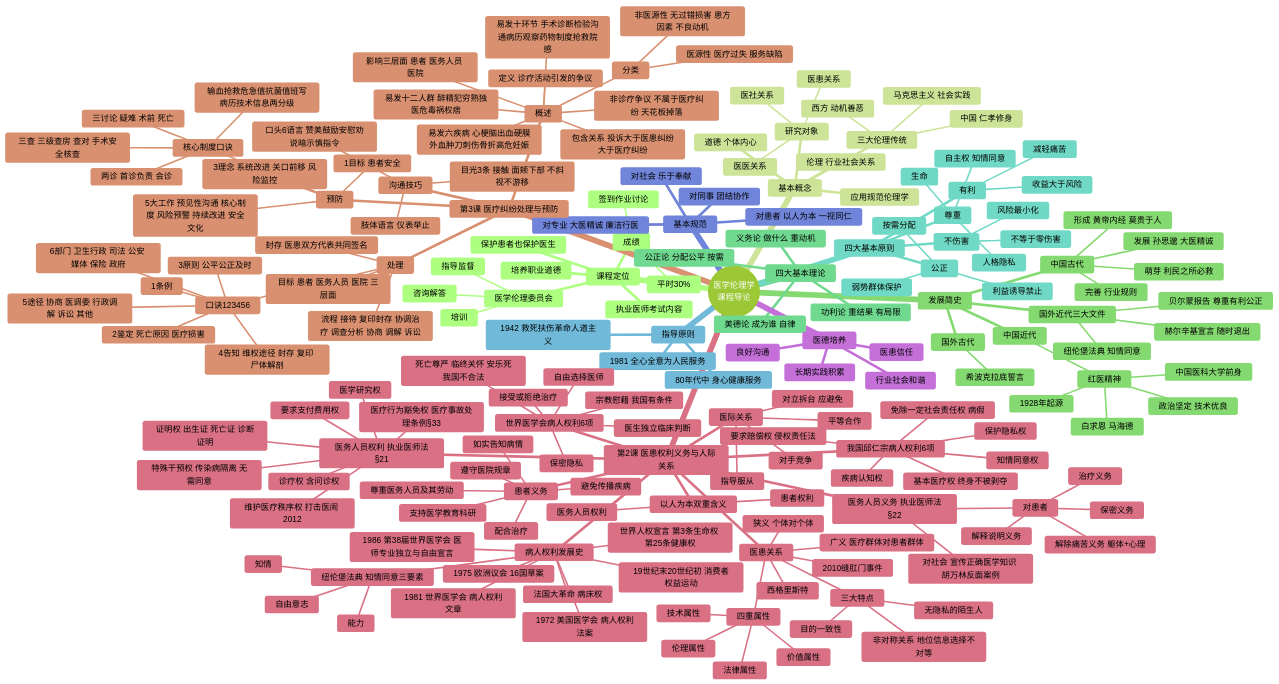
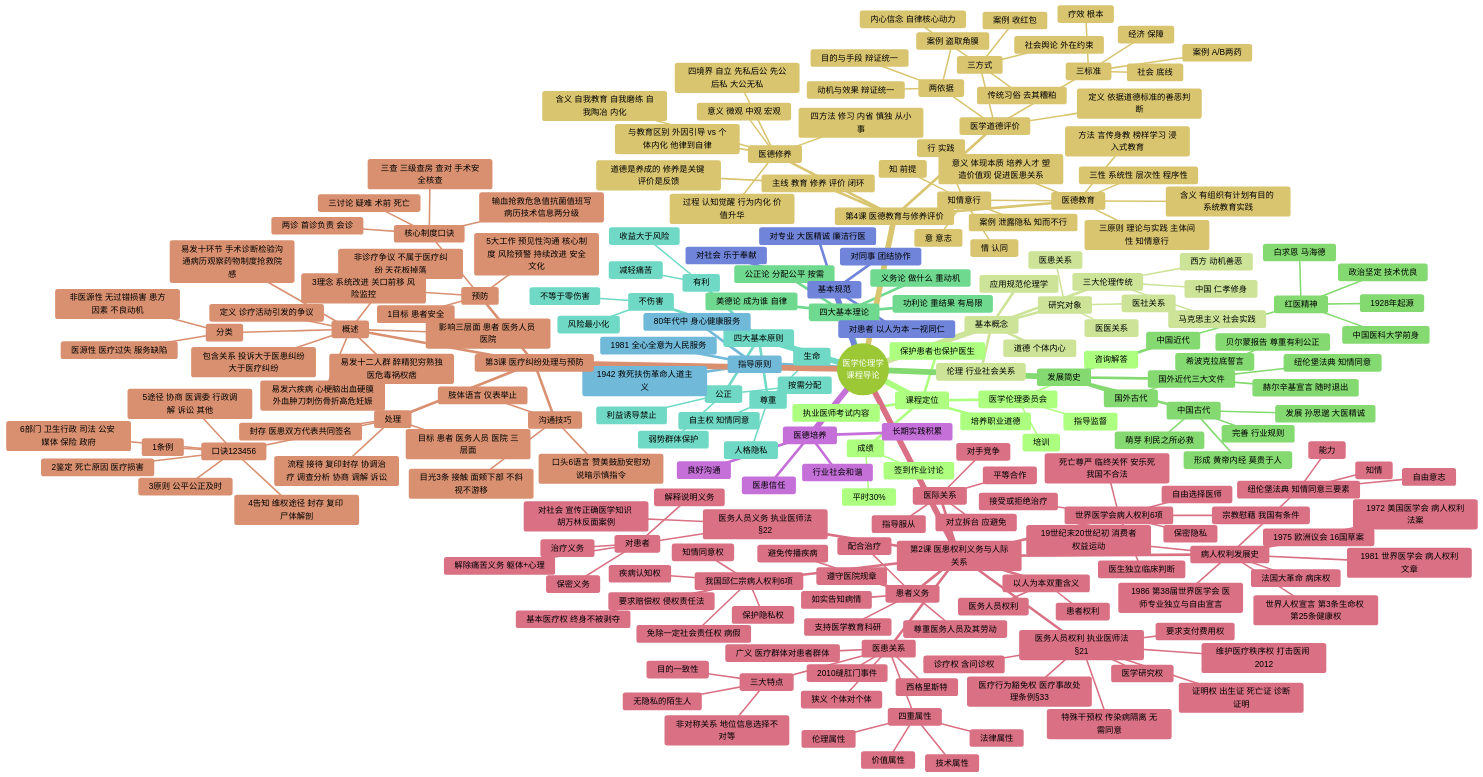
Before and after one commit to braisvg/public-notes: the diagram in 07_医学伦理学/知识框架与思维导图.md, drawn with Mermaid (forest theme). The commit also changed other lines of this file and 33 other files, not shown here.

Commit message:
同步：生理第5课插入25张课堂照片并批注，伦理第4课术语修正，更新总览/思维导图/README/AGENTS/术语表

````diff
--- a/07_医学伦理学/知识框架与思维导图.md
+++ b/07_医学伦理学/知识框架与思维导图.md
@@ -187,4 +187,42 @@
         口头6语言 赞美鼓励安慰劝说暗示慎指令
         肢体语言 仪表举止
         目光3条 接触 面颊下部 不斜视不游移
+    第4课 医德教育与修养评价
+      主线 教育 修养 评价 闭环
+        道德是养成的 修养是关键 评价是反馈
+      医德教育
+        含义 有组织有计划有目的 系统教育实践
+        意义 体现本质 培养人才 塑造价值观 促进医患关系
+        三性 系统性 层次性 程序性
+        三原则 理论与实践 主体间性 知情意行
+        知情意行
+          知 前提
+          情 认同
+          意 意志
+          行 实践
+          案例 泄露隐私 知而不行
+        方法 言传身教 榜样学习 浸入式教育
+      医德修养
+        含义 自我教育 自我磨练 自我陶冶 内化
+        过程 认知觉醒 行为内化 价值升华
+        与教育区别 外因引导 vs 个体内化 他律到自律
+        意义 微观 中观 宏观
+        四方法 修习 内省 慎独 从小事
+        四境界 自立 先私后公 先公后私 大公无私
+      医学道德评价
+        定义 依据道德标准的善恶判断
+        三标准
+          疗效 根本
+          经济 保障
+          社会 底线
+          案例 A/B两药
+        两依据
+          动机与效果 辩证统一
+          目的与手段 辩证统一
+          案例 盗取角膜
+        三方式
+          社会舆论 外在约束
+          传统习俗 去其糟粕
+          内心信念 自律核心动力
+          案例 收红包
 ```
````
